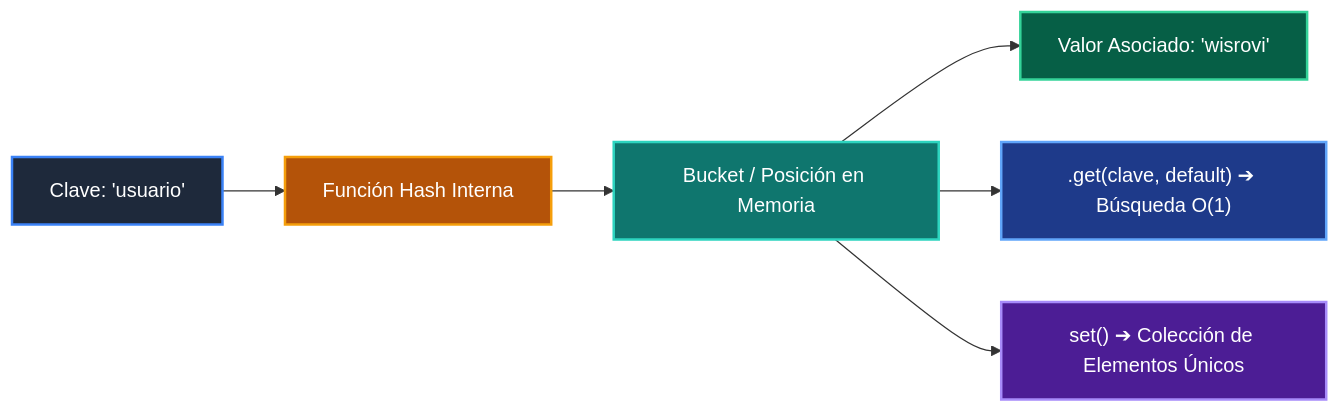
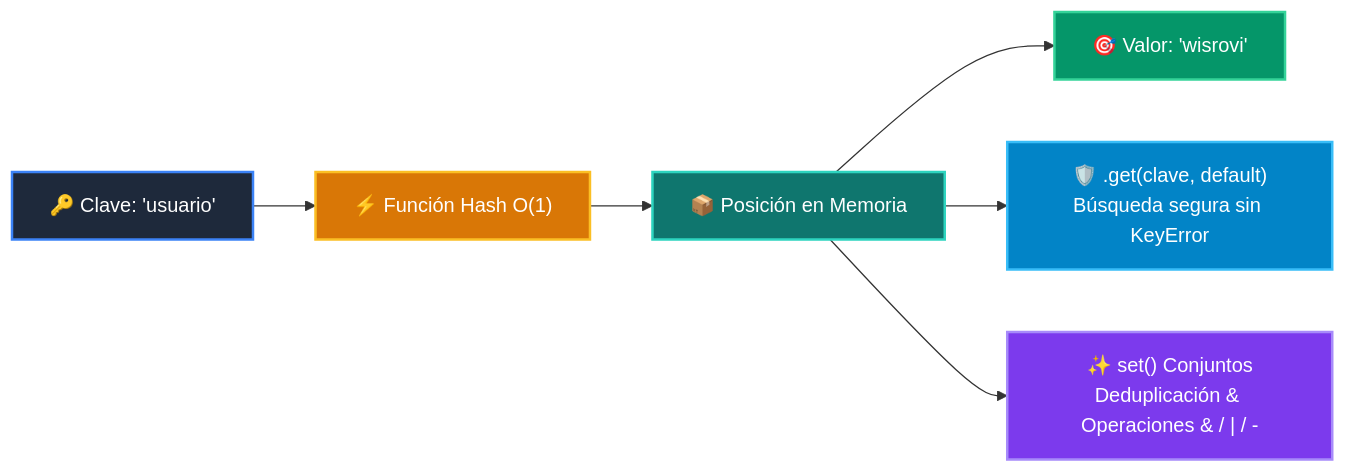
Before and after one commit to wisrovi/wisrovi-python: the diagram in 01-fundamentos-python/clase-06-diccionarios/README.md, drawn with Mermaid. The commit also changed other lines of this file and 54 other files, not shown here.

Commit message:
refactor: clean repository root by moving maintenance scripts to scripts/ and restore rich high-contrast Mermaid diagrams for all classes and examples

````diff
--- a/01-fundamentos-python/clase-06-diccionarios/README.md
+++ b/01-fundamentos-python/clase-06-diccionarios/README.md
@@ -12,15 +12,15 @@
 ```mermaid
 flowchart LR
-    KEY["Clave: 'usuario'"] --> HASH["Función Hash Interna"]
-    HASH --> BUCKET["Bucket / Posición en Memoria"]
-    BUCKET --> VAL["Valor Asociado: 'wisrovi'"]
-    BUCKET --> GET[".get(clave, default) ➔ Búsqueda O(1)"]
-    BUCKET --> SET["set() ➔ Colección de Elementos Únicos"]
+    KEY["🔑 Clave: 'usuario'"] --> HASH["⚡ Función Hash O(1)"]
+    HASH --> BUCKET["📦 Posición en Memoria"]
+    BUCKET --> VAL["🎯 Valor: 'wisrovi'"]
+    BUCKET --> GET["🛡️ .get(clave, default)<br/>Búsqueda segura sin KeyError"]
+    BUCKET --> SET["✨ set() Conjuntos<br/>Deduplicación & Operaciones & / | / -"]
 
-    style KEY fill:#1e293b,color:#fff,stroke:#3b82f6,stroke-width:2px
-    style HASH fill:#b45309,color:#fff,stroke:#f59e0b,stroke-width:2px
-    style BUCKET fill:#0f766e,color:#fff,stroke:#2dd4bf,stroke-width:2px
-    style VAL fill:#065f46,color:#fff,stroke:#34d399,stroke-width:2px
-    style GET fill:#1e3a8a,color:#fff,stroke:#60a5fa,stroke-width:2px
-    style SET fill:#4c1d95,color:#fff,stroke:#a78bfa,stroke-width:2px
+    style KEY fill:#1e293b,color:#ffffff,stroke:#3b82f6,stroke-width:2px
+    style HASH fill:#d97706,color:#ffffff,stroke:#fbbf24,stroke-width:2px
+    style BUCKET fill:#0f766e,color:#ffffff,stroke:#2dd4bf,stroke-width:2px
+    style VAL fill:#059669,color:#ffffff,stroke:#34d399,stroke-width:2px
+    style GET fill:#0284c7,color:#ffffff,stroke:#38bdf8,stroke-width:2px
+    style SET fill:#7c3aed,color:#ffffff,stroke:#a78bfa,stroke-width:2px
 ```
````
